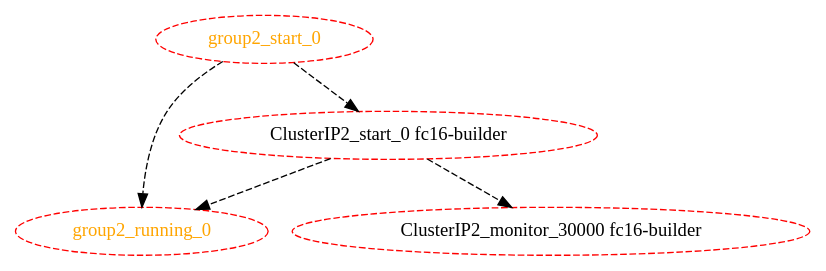
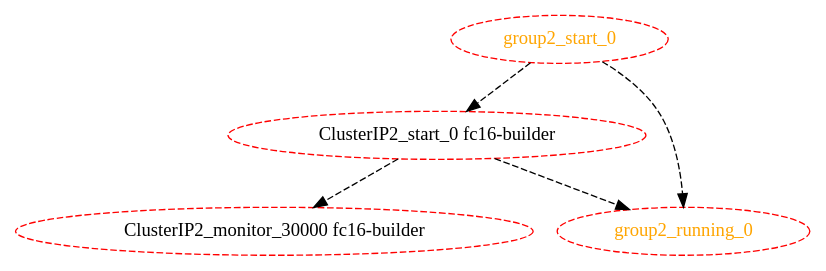
Before and after one commit to ClusterLabs/pacemaker: the diagram in pengine/test10/bug-1514-GROUP-A-stopped-B-stopped.dot, drawn with Graphviz. The commit also changed 10 other files, not shown here.

```diff
--- a/pengine/test10/bug-1514-GROUP-A-stopped-B-stopped.dot
+++ b/pengine/test10/bug-1514-GROUP-A-stopped-B-stopped.dot
@@ -1,10 +1,10 @@
- digraph "g" {
+digraph "g" {
+"ClusterIP2_monitor_30000 fc16-builder" [ style=dashed color="red" fontcolor="black"]
+"ClusterIP2_start_0 fc16-builder" -> "ClusterIP2_monitor_30000 fc16-builder" [ style = dashed]
+"ClusterIP2_start_0 fc16-builder" -> "group2_running_0" [ style = dashed]
+"ClusterIP2_start_0 fc16-builder" [ style=dashed color="red" fontcolor="black"]
 "group2_running_0" [ style=dashed color="red" fontcolor="orange"]
+"group2_start_0" -> "ClusterIP2_start_0 fc16-builder" [ style = dashed]
+"group2_start_0" -> "group2_running_0" [ style = dashed]
 "group2_start_0" [ style=dashed color="red" fontcolor="orange"]
-"ClusterIP2_monitor_30000 fc16-builder" [ style=dashed color="red" fontcolor="black"]
-"ClusterIP2_start_0 fc16-builder" [ style=dashed color="red" fontcolor="black"]
-"ClusterIP2_start_0 fc16-builder" -> "group2_running_0" [ style = dashed]
-"group2_start_0" -> "group2_running_0" [ style = dashed]
-"ClusterIP2_start_0 fc16-builder" -> "ClusterIP2_monitor_30000 fc16-builder" [ style = dashed]
-"group2_start_0" -> "ClusterIP2_start_0 fc16-builder" [ style = dashed]
 }
```
